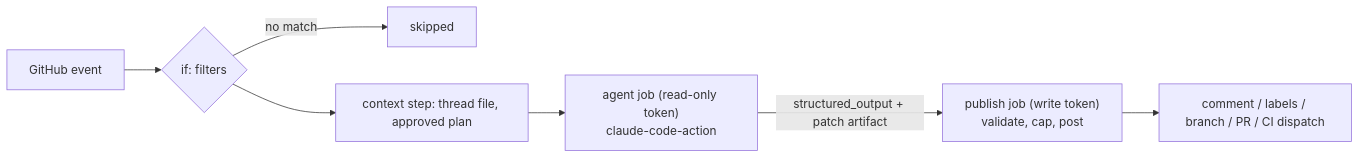
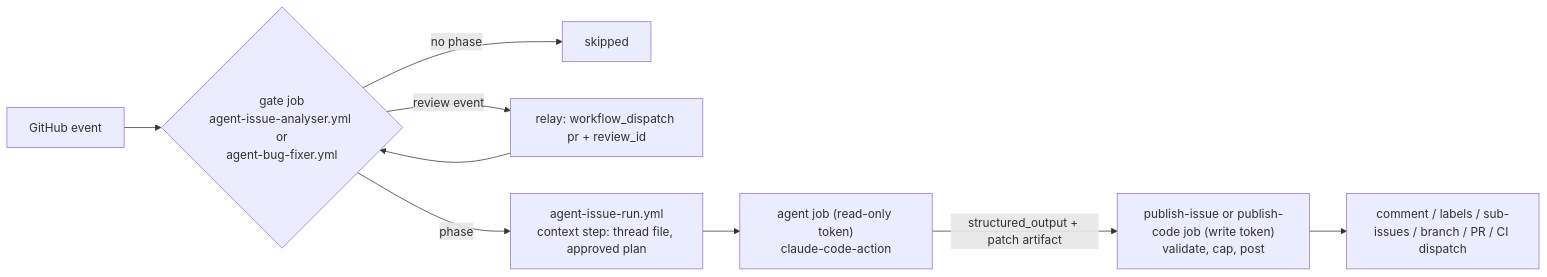
One commit to TharmiganK/module-ballerina-http-agents changed the first of 2 diagrams in docs/proposals/agents/issue-agents.md. Above: the diagram before and after it, drawn with Mermaid. The commit also changed other lines of this file and 6 other files, not shown here.

First line of the commit message:
Rewrite the agent proposals for the issue analyser, bug fixer and defect scanner

````diff
--- a/docs/proposals/agents/issue-agents.md
+++ b/docs/proposals/agents/issue-agents.md
@@ -72,9 +93,11 @@
 ```mermaid
 flowchart LR
-    E[GitHub event] --> G{if: filters}
-    G -->|no match| X[skipped]
-    G --> C[context step: thread file, approved plan]
+    E[GitHub event] --> G{"gate job<br/>agent-issue-analyser.yml or<br/>agent-bug-fixer.yml"}
+    G -->|no phase| X[skipped]
+    G -->|review event| R[relay: workflow_dispatch pr + review_id]
+    R --> G
+    G -->|phase| C["agent-issue-run.yml<br/>context step: thread file, approved plan"]
     C --> A["agent job (read-only token)<br/>claude-code-action"]
-    A -->|structured_output + patch artifact| P["publish job (write token)<br/>validate, cap, post"]
-    P --> GH[comment / labels / branch / PR / CI dispatch]
+    A -->|structured_output + patch artifact| P["publish-issue or publish-code job (write token)<br/>validate, cap, post"]
+    P --> GH[comment / labels / sub-issues / branch / PR / CI dispatch]
 ```
````
